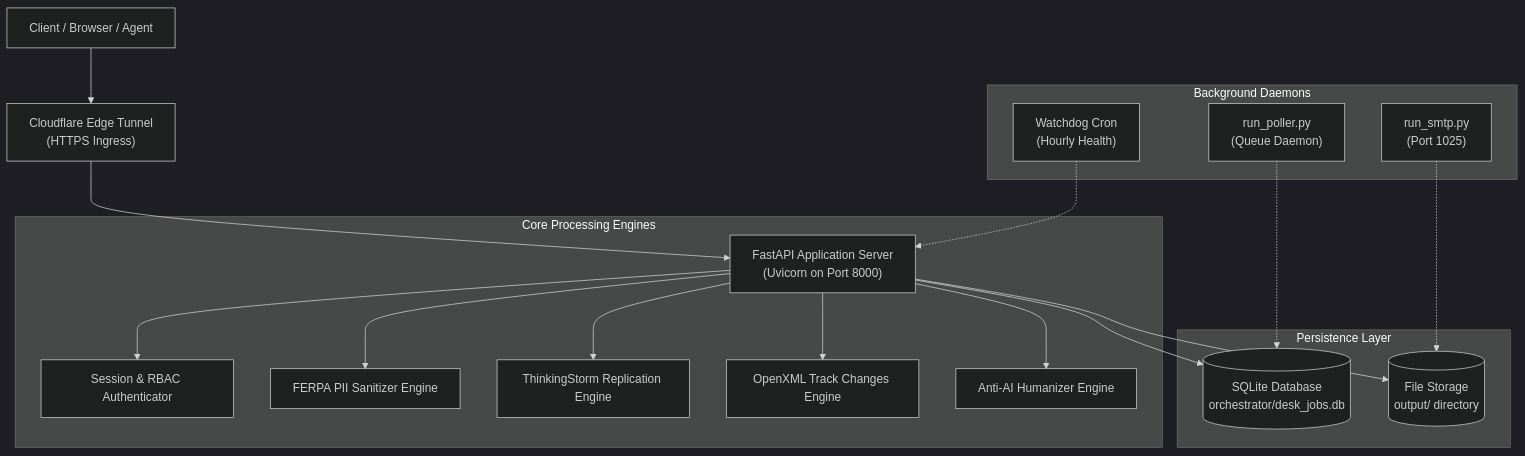
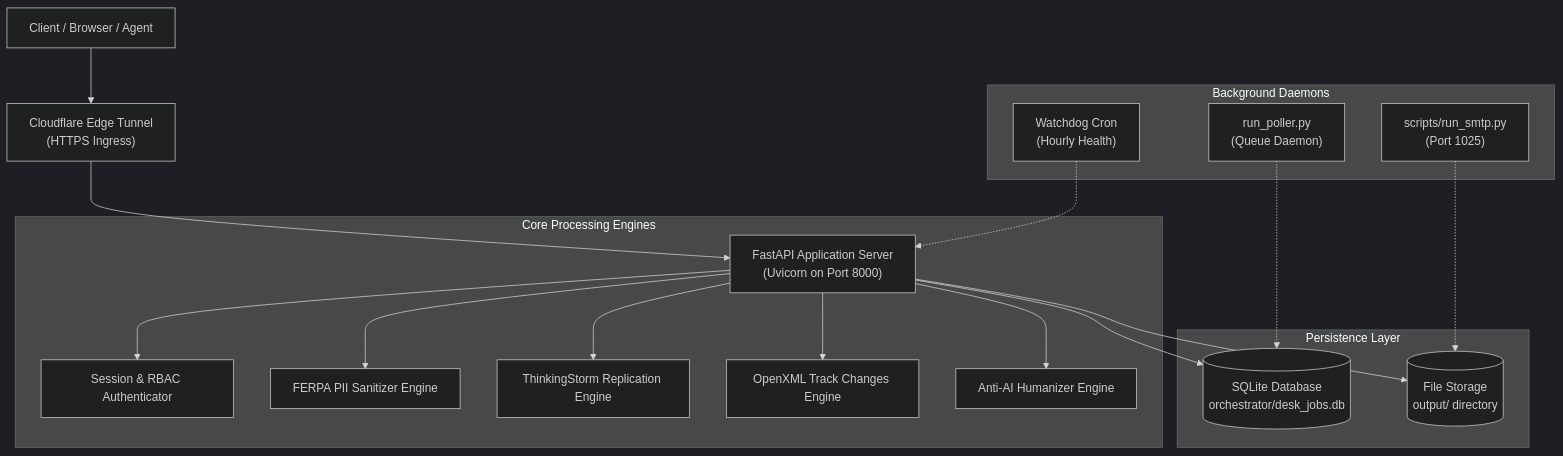
The third of 5 diagrams in docs/HANDOVER_MASTER_SPECIFICATION.md (shashankmahajan99/edtech-review-engine), drawn with Mermaid (dark theme) before and after one commit. The commit also changed other lines of this file and 42 other files, not shown here.

````diff
--- a/docs/HANDOVER_MASTER_SPECIFICATION.md
+++ b/docs/HANDOVER_MASTER_SPECIFICATION.md
@@ -184,24 +184,24 @@
 ```mermaid
 graph TD
     Client["Client / Browser / Agent"] --> Edge["Cloudflare Edge Tunnel<br/>(HTTPS Ingress)"]
     Edge --> FastAPI["FastAPI Application Server<br/>(Uvicorn on Port 8000)"]
 
     subgraph Core Processing Engines
         FastAPI --> Auth["Session & RBAC Authenticator"]
         FastAPI --> Sanitizer["FERPA PII Sanitizer Engine"]
         FastAPI --> TSEngine["ThinkingStorm Replication Engine"]
         FastAPI --> TrackEngine["OpenXML Track Changes Engine"]
         FastAPI --> AntiAi["Anti-AI Humanizer Engine"]
     end
 
     subgraph Persistence Layer
         FastAPI --> DB[("SQLite Database<br/>orchestrator/desk_jobs.db")]
         FastAPI --> Storage[("File Storage<br/>output/ directory")]
     end
 
     subgraph Background Daemons
         Poller["run_poller.py<br/>(Queue Daemon)"] -.-> DB
-        SMTP["run_smtp.py<br/>(Port 1025)"] -.-> Storage
+        SMTP["scripts/run_smtp.py<br/>(Port 1025)"] -.-> Storage
         Watchdog["Watchdog Cron<br/>(Hourly Health)"] -.-> FastAPI
     end
 ```
````
